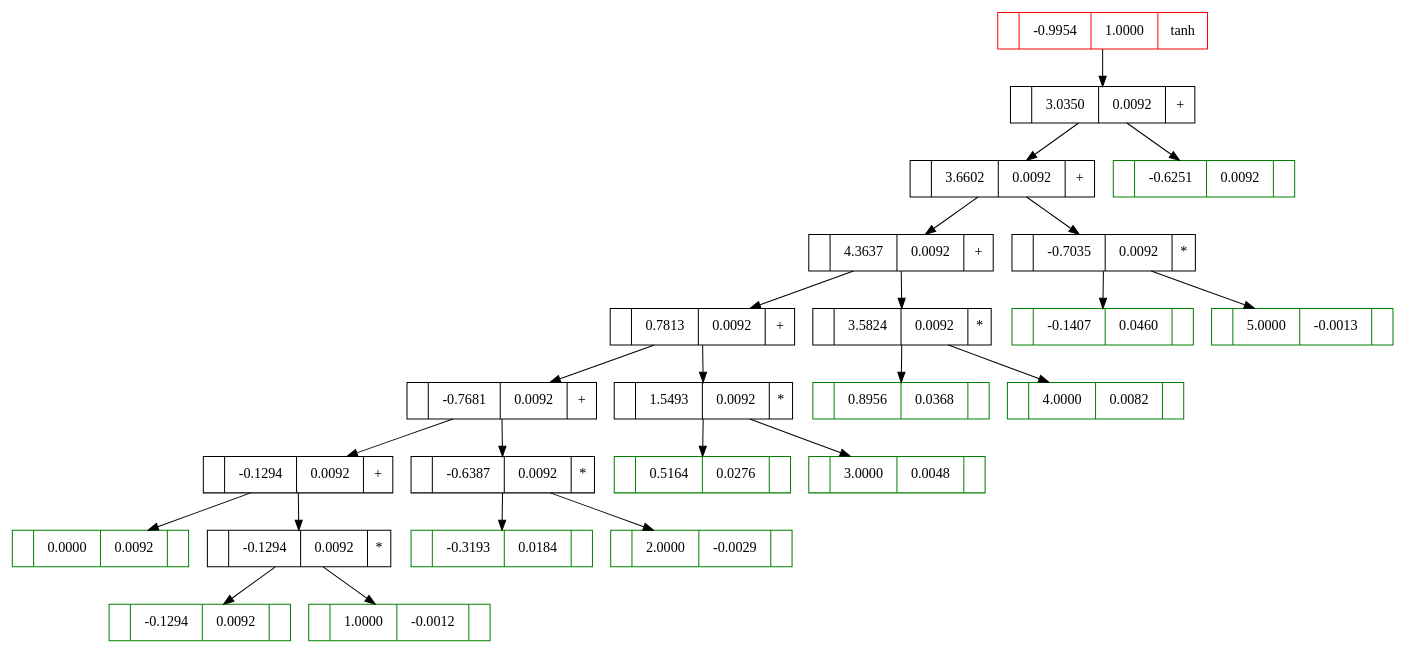
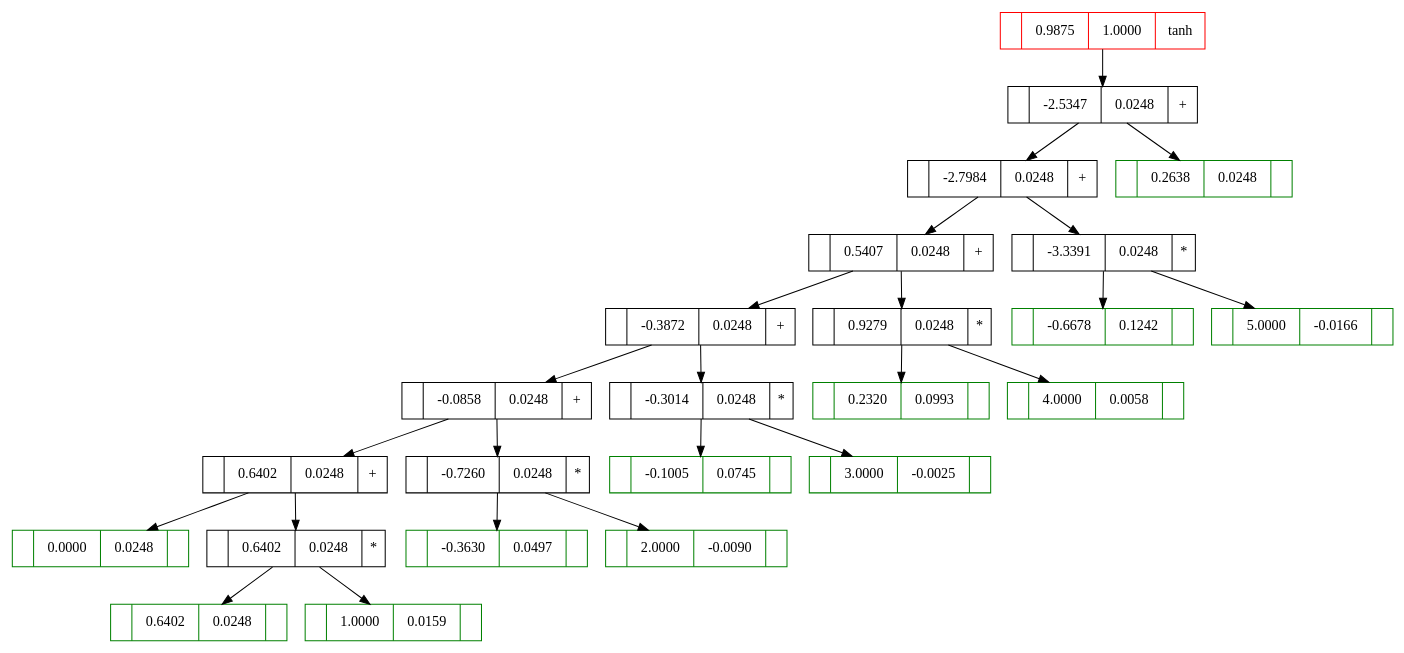
The diagram in graph.dot (gavi/micrograd_cs), drawn with Graphviz before and after one commit. The commit also changed 1 other file, not shown here.

```diff
--- a/graph.dot
+++ b/graph.dot
@@ -1,49 +1,49 @@
 digraph Micrograd { 
-	"8feec0df-bf26-4449-90ff-7cd914f87351"[color="#FF0000",fillcolor="#808080",label="|-0.9954|1.0000|tanh",shape=record]; 
-	"aac36eef-c1df-4b24-84a4-35d23b9997e5"[label="|3.0350|0.0092|+",shape=record]; 
-	"509c1aff-c4d2-4035-a7d7-eebec5b92ac1"[label="|3.6602|0.0092|+",shape=record]; 
-	"7489572d-cc59-450d-a36a-2d5910830c73"[label="|4.3637|0.0092|+",shape=record]; 
-	"95268068-4850-4a97-85a2-6f8b64b4b1e0"[label="|0.7813|0.0092|+",shape=record]; 
-	"59c25774-e1a1-4d12-86a6-9697f56ae037"[label="|-0.7681|0.0092|+",shape=record]; 
-	"ebc16e83-2a97-48bb-8813-cd5f50a5e5dc"[label="|-0.1294|0.0092|+",shape=record]; 
-	"4e89befc-94a4-4034-949e-37baaa6b5ffc"[color="#008000",fillcolor="#90EE90",label="|0.0000|0.0092|",shape=record]; 
-	"ebc16e83-2a97-48bb-8813-cd5f50a5e5dc" -> "4e89befc-94a4-4034-949e-37baaa6b5ffc"; 
-	"4c59c8b5-c120-4720-9835-6f0cd966575a"[label="|-0.1294|0.0092|*",shape=record]; 
-	"7eda71a5-0120-4fbd-a8d3-62e7ff8f6f56"[color="#008000",fillcolor="#90EE90",label="|-0.1294|0.0092|",shape=record]; 
-	"4c59c8b5-c120-4720-9835-6f0cd966575a" -> "7eda71a5-0120-4fbd-a8d3-62e7ff8f6f56"; 
-	"388e137e-30d2-483d-81ad-bcd14eed4c40"[color="#008000",fillcolor="#90EE90",label="|1.0000|-0.0012|",shape=record]; 
-	"4c59c8b5-c120-4720-9835-6f0cd966575a" -> "388e137e-30d2-483d-81ad-bcd14eed4c40"; 
-	"ebc16e83-2a97-48bb-8813-cd5f50a5e5dc" -> "4c59c8b5-c120-4720-9835-6f0cd966575a"; 
-	"59c25774-e1a1-4d12-86a6-9697f56ae037" -> "ebc16e83-2a97-48bb-8813-cd5f50a5e5dc"; 
-	"8fd7121b-3180-4611-bdcb-ddf9272b5f32"[label="|-0.6387|0.0092|*",shape=record]; 
-	"b263325f-79bd-42ea-8a94-9ceb82cc2496"[color="#008000",fillcolor="#90EE90",label="|-0.3193|0.0184|",shape=record]; 
-	"8fd7121b-3180-4611-bdcb-ddf9272b5f32" -> "b263325f-79bd-42ea-8a94-9ceb82cc2496"; 
-	"e08a0a50-c0a0-4517-84e5-6b05bdb9a1cc"[color="#008000",fillcolor="#90EE90",label="|2.0000|-0.0029|",shape=record]; 
-	"8fd7121b-3180-4611-bdcb-ddf9272b5f32" -> "e08a0a50-c0a0-4517-84e5-6b05bdb9a1cc"; 
-	"59c25774-e1a1-4d12-86a6-9697f56ae037" -> "8fd7121b-3180-4611-bdcb-ddf9272b5f32"; 
-	"95268068-4850-4a97-85a2-6f8b64b4b1e0" -> "59c25774-e1a1-4d12-86a6-9697f56ae037"; 
-	"e6ad5ba9-9154-4fd4-8bc6-4d8954ad5432"[label="|1.5493|0.0092|*",shape=record]; 
-	"d7c71295-6c3b-4f46-af1f-503c798ff5dd"[color="#008000",fillcolor="#90EE90",label="|0.5164|0.0276|",shape=record]; 
-	"e6ad5ba9-9154-4fd4-8bc6-4d8954ad5432" -> "d7c71295-6c3b-4f46-af1f-503c798ff5dd"; 
-	"cd81e979-139e-494f-a079-6fbcdff6cf93"[color="#008000",fillcolor="#90EE90",label="|3.0000|0.0048|",shape=record]; 
-	"e6ad5ba9-9154-4fd4-8bc6-4d8954ad5432" -> "cd81e979-139e-494f-a079-6fbcdff6cf93"; 
-	"95268068-4850-4a97-85a2-6f8b64b4b1e0" -> "e6ad5ba9-9154-4fd4-8bc6-4d8954ad5432"; 
-	"7489572d-cc59-450d-a36a-2d5910830c73" -> "95268068-4850-4a97-85a2-6f8b64b4b1e0"; 
-	"29dff661-44a2-4ad3-a715-048498d93e78"[label="|3.5824|0.0092|*",shape=record]; 
-	"ba7c7111-7b40-4d65-abeb-c640d9e2e598"[color="#008000",fillcolor="#90EE90",label="|0.8956|0.0368|",shape=record]; 
-	"29dff661-44a2-4ad3-a715-048498d93e78" -> "ba7c7111-7b40-4d65-abeb-c640d9e2e598"; 
-	"44ffd1b4-1b03-4e66-9d7f-93c6edc07a4c"[color="#008000",fillcolor="#90EE90",label="|4.0000|0.0082|",shape=record]; 
-	"29dff661-44a2-4ad3-a715-048498d93e78" -> "44ffd1b4-1b03-4e66-9d7f-93c6edc07a4c"; 
-	"7489572d-cc59-450d-a36a-2d5910830c73" -> "29dff661-44a2-4ad3-a715-048498d93e78"; 
-	"509c1aff-c4d2-4035-a7d7-eebec5b92ac1" -> "7489572d-cc59-450d-a36a-2d5910830c73"; 
-	"40eed0f7-8700-4a08-bd64-5e2fadeb284b"[label="|-0.7035|0.0092|*",shape=record]; 
-	"7a32fad1-174e-42d8-a4b2-d364e1a72c5a"[color="#008000",fillcolor="#90EE90",label="|-0.1407|0.0460|",shape=record]; 
-	"40eed0f7-8700-4a08-bd64-5e2fadeb284b" -> "7a32fad1-174e-42d8-a4b2-d364e1a72c5a"; 
-	"6e229fb6-6efe-45fe-868d-8266a9d03e11"[color="#008000",fillcolor="#90EE90",label="|5.0000|-0.0013|",shape=record]; 
-	"40eed0f7-8700-4a08-bd64-5e2fadeb284b" -> "6e229fb6-6efe-45fe-868d-8266a9d03e11"; 
-	"509c1aff-c4d2-4035-a7d7-eebec5b92ac1" -> "40eed0f7-8700-4a08-bd64-5e2fadeb284b"; 
-	"aac36eef-c1df-4b24-84a4-35d23b9997e5" -> "509c1aff-c4d2-4035-a7d7-eebec5b92ac1"; 
-	"2aa3def3-e05e-41d4-beec-bbe99ae66dc6"[color="#008000",fillcolor="#90EE90",label="|-0.6251|0.0092|",shape=record]; 
-	"aac36eef-c1df-4b24-84a4-35d23b9997e5" -> "2aa3def3-e05e-41d4-beec-bbe99ae66dc6"; 
-	"8feec0df-bf26-4449-90ff-7cd914f87351" -> "aac36eef-c1df-4b24-84a4-35d23b9997e5"; 
+	"770a1593-447c-4767-8dfb-1abcfafda179"[color="#FF0000",fillcolor="#808080",label="|0.9875|1.0000|tanh",shape=record]; 
+	"d99e1944-0318-4236-8752-e8164b3286e7"[label="|-2.5347|0.0248|+",shape=record]; 
+	"ce10bed0-80d5-45a2-95e5-d9bd2fd07b39"[label="|-2.7984|0.0248|+",shape=record]; 
+	"8f1aaa93-b2cc-4e03-b31e-d9bbe5e8ae4b"[label="|0.5407|0.0248|+",shape=record]; 
+	"939f8ce1-ad10-4a98-b7ce-df02bc34c125"[label="|-0.3872|0.0248|+",shape=record]; 
+	"3dff027d-b678-4090-a5d8-9edd108b0ed4"[label="|-0.0858|0.0248|+",shape=record]; 
+	"6542eaa9-409d-4217-94d3-5366b660c494"[label="|0.6402|0.0248|+",shape=record]; 
+	"49295c93-3ae7-4d20-9d41-2e53900373be"[color="#008000",fillcolor="#90EE90",label="|0.0000|0.0248|",shape=record]; 
+	"6542eaa9-409d-4217-94d3-5366b660c494" -> "49295c93-3ae7-4d20-9d41-2e53900373be"; 
+	"813f28fb-9fb5-4948-8171-f61144baad3d"[label="|0.6402|0.0248|*",shape=record]; 
+	"1ad1b355-4be4-40f1-a9d7-8f91c29220cb"[color="#008000",fillcolor="#90EE90",label="|0.6402|0.0248|",shape=record]; 
+	"813f28fb-9fb5-4948-8171-f61144baad3d" -> "1ad1b355-4be4-40f1-a9d7-8f91c29220cb"; 
+	"b7e99f7a-46f0-43c9-a920-129ccf035860"[color="#008000",fillcolor="#90EE90",label="|1.0000|0.0159|",shape=record]; 
+	"813f28fb-9fb5-4948-8171-f61144baad3d" -> "b7e99f7a-46f0-43c9-a920-129ccf035860"; 
+	"6542eaa9-409d-4217-94d3-5366b660c494" -> "813f28fb-9fb5-4948-8171-f61144baad3d"; 
+	"3dff027d-b678-4090-a5d8-9edd108b0ed4" -> "6542eaa9-409d-4217-94d3-5366b660c494"; 
+	"278b2bab-d69b-4f9e-9682-7e71e47a16f6"[label="|-0.7260|0.0248|*",shape=record]; 
+	"bbfa7113-8c2a-4409-b4c3-20c95469f209"[color="#008000",fillcolor="#90EE90",label="|-0.3630|0.0497|",shape=record]; 
+	"278b2bab-d69b-4f9e-9682-7e71e47a16f6" -> "bbfa7113-8c2a-4409-b4c3-20c95469f209"; 
+	"abf6dfee-1943-4d1c-b4ee-1d8cf70050c4"[color="#008000",fillcolor="#90EE90",label="|2.0000|-0.0090|",shape=record]; 
+	"278b2bab-d69b-4f9e-9682-7e71e47a16f6" -> "abf6dfee-1943-4d1c-b4ee-1d8cf70050c4"; 
+	"3dff027d-b678-4090-a5d8-9edd108b0ed4" -> "278b2bab-d69b-4f9e-9682-7e71e47a16f6"; 
+	"939f8ce1-ad10-4a98-b7ce-df02bc34c125" -> "3dff027d-b678-4090-a5d8-9edd108b0ed4"; 
+	"5bf30429-104b-4bb8-943c-1a22fcbf68d5"[label="|-0.3014|0.0248|*",shape=record]; 
+	"106db374-df5c-46f9-ac0a-878a0df2f913"[color="#008000",fillcolor="#90EE90",label="|-0.1005|0.0745|",shape=record]; 
+	"5bf30429-104b-4bb8-943c-1a22fcbf68d5" -> "106db374-df5c-46f9-ac0a-878a0df2f913"; 
+	"48bd09cd-1696-46ee-8e4a-46be210afdf0"[color="#008000",fillcolor="#90EE90",label="|3.0000|-0.0025|",shape=record]; 
+	"5bf30429-104b-4bb8-943c-1a22fcbf68d5" -> "48bd09cd-1696-46ee-8e4a-46be210afdf0"; 
+	"939f8ce1-ad10-4a98-b7ce-df02bc34c125" -> "5bf30429-104b-4bb8-943c-1a22fcbf68d5"; 
+	"8f1aaa93-b2cc-4e03-b31e-d9bbe5e8ae4b" -> "939f8ce1-ad10-4a98-b7ce-df02bc34c125"; 
+	"307b51a2-24b0-4d43-ab06-f13025ce9ebb"[label="|0.9279|0.0248|*",shape=record]; 
+	"09e5a0e1-947c-4448-9224-95f2da744f43"[color="#008000",fillcolor="#90EE90",label="|0.2320|0.0993|",shape=record]; 
+	"307b51a2-24b0-4d43-ab06-f13025ce9ebb" -> "09e5a0e1-947c-4448-9224-95f2da744f43"; 
+	"68c5b8b8-f402-4b21-a50b-2a8e50c6967b"[color="#008000",fillcolor="#90EE90",label="|4.0000|0.0058|",shape=record]; 
+	"307b51a2-24b0-4d43-ab06-f13025ce9ebb" -> "68c5b8b8-f402-4b21-a50b-2a8e50c6967b"; 
+	"8f1aaa93-b2cc-4e03-b31e-d9bbe5e8ae4b" -> "307b51a2-24b0-4d43-ab06-f13025ce9ebb"; 
+	"ce10bed0-80d5-45a2-95e5-d9bd2fd07b39" -> "8f1aaa93-b2cc-4e03-b31e-d9bbe5e8ae4b"; 
+	"c34fc2a2-baaa-419b-89df-14d422b3ecca"[label="|-3.3391|0.0248|*",shape=record]; 
+	"87f0ef84-cb58-4955-a1d2-4cf389a81822"[color="#008000",fillcolor="#90EE90",label="|-0.6678|0.1242|",shape=record]; 
+	"c34fc2a2-baaa-419b-89df-14d422b3ecca" -> "87f0ef84-cb58-4955-a1d2-4cf389a81822"; 
+	"30990c1d-b662-48a1-bce7-ac0379b4ad51"[color="#008000",fillcolor="#90EE90",label="|5.0000|-0.0166|",shape=record]; 
+	"c34fc2a2-baaa-419b-89df-14d422b3ecca" -> "30990c1d-b662-48a1-bce7-ac0379b4ad51"; 
+	"ce10bed0-80d5-45a2-95e5-d9bd2fd07b39" -> "c34fc2a2-baaa-419b-89df-14d422b3ecca"; 
+	"d99e1944-0318-4236-8752-e8164b3286e7" -> "ce10bed0-80d5-45a2-95e5-d9bd2fd07b39"; 
+	"aaee081c-e9fc-4d37-b25b-9addecf6376c"[color="#008000",fillcolor="#90EE90",label="|0.2638|0.0248|",shape=record]; 
+	"d99e1944-0318-4236-8752-e8164b3286e7" -> "aaee081c-e9fc-4d37-b25b-9addecf6376c"; 
+	"770a1593-447c-4767-8dfb-1abcfafda179" -> "d99e1944-0318-4236-8752-e8164b3286e7"; 
 }
```
